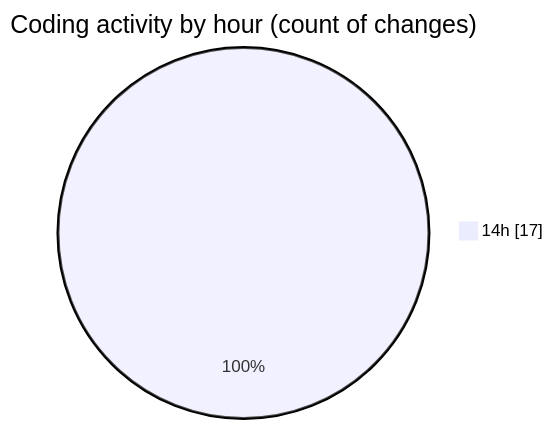
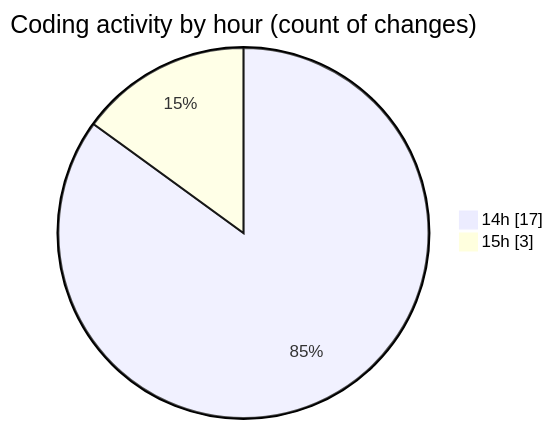
One commit to donsfak/code-tracking changed the second of 2 diagrams in 2025-04-10/trackers_app/README.md. Above: the diagram before and after it, drawn with Mermaid. The commit also changed other lines of this file and 1 other file, not shown here.

````diff
--- a/2025-04-10/trackers_app/README.md
+++ b/2025-04-10/trackers_app/README.md
@@ -33,5 +34,6 @@
 ```mermaid
 pie showData
 title Coding activity by hour (count of changes)
 "14h" : 17
+"15h" : 3
 ```
````
